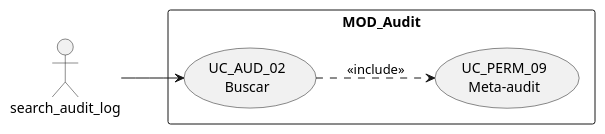
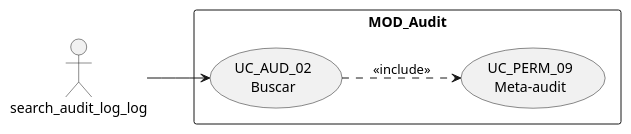
One commit to jcg-admin/IACT-docs changed the first of 4 diagrams in source/requisitos/casos-uso/audit/uc-aud-02/diagramas-uml.rst. Above: the diagram before and after it, drawn with PlantUML. The commit also changed 108 other files, not shown here.

First line of the commit message:
Apply catalog function names to non-diagram RST files

```diff
--- a/source/requisitos/casos-uso/audit/uc-aud-02/diagramas-uml.rst
+++ b/source/requisitos/casos-uso/audit/uc-aud-02/diagramas-uml.rst
@@ -10,12 +10,12 @@
 .. uml::
 
  @startuml
  left to right direction
- actor "search_audit_log" as USR
+ actor "search_audit_log_log" as USR
  rectangle "MOD_Audit" {
    usecase "UC_AUD_02\nBuscar" as UC02
    usecase "UC_PERM_09\nMeta-audit" as M
  }
  USR --> UC02
  UC02 ..> M : <<include>>
  @enduml
```
